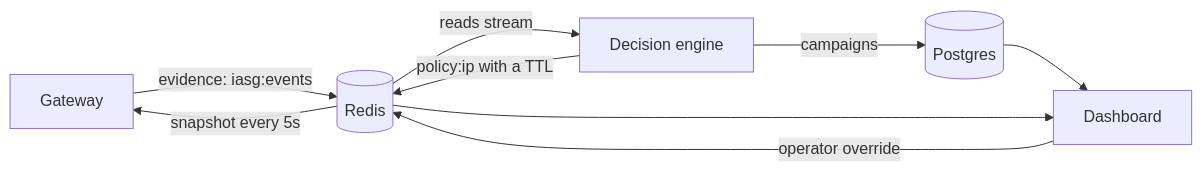
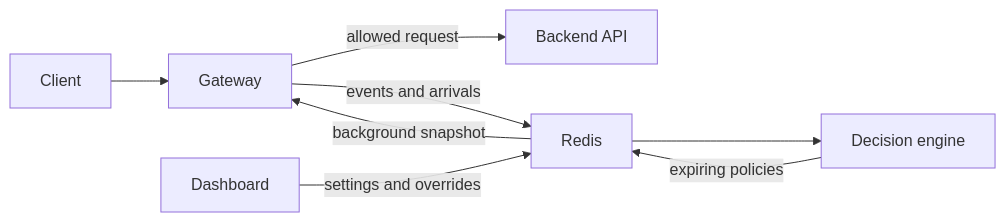
One commit to Pranav-Hirawat/Intelligent_API_Security_Gateway changed the diagram in gateway/docs/index.md. Above: the diagram before and after it, drawn with Mermaid. The commit also changed other lines of this file and 21 other files, not shown here.

````diff
--- a/gateway/docs/index.md
+++ b/gateway/docs/index.md
@@ -89,11 +34,10 @@
 ```mermaid
 flowchart LR
-    GW[Gateway] -->|evidence: iasg:events| Redis[(Redis)]
-    Redis -->|reads stream| CP[Decision engine]
-    CP -->|policy:ip with a TTL| Redis
-    Redis -->|snapshot every 5s| GW
-    CP -->|campaigns| PG[(Postgres)]
-    PG --> Dash[Dashboard]
-    Redis --> Dash
-    Dash -->|operator override| Redis
+  Client --> Gateway
+  Gateway -->|allowed request| API[Backend API]
+  Gateway -->|events and arrivals| Redis
+  Redis --> Engine[Decision engine]
+  Engine -->|expiring policies| Redis
+  Redis -->|background snapshot| Gateway
+  Dashboard -->|settings and overrides| Redis
 ```
````
